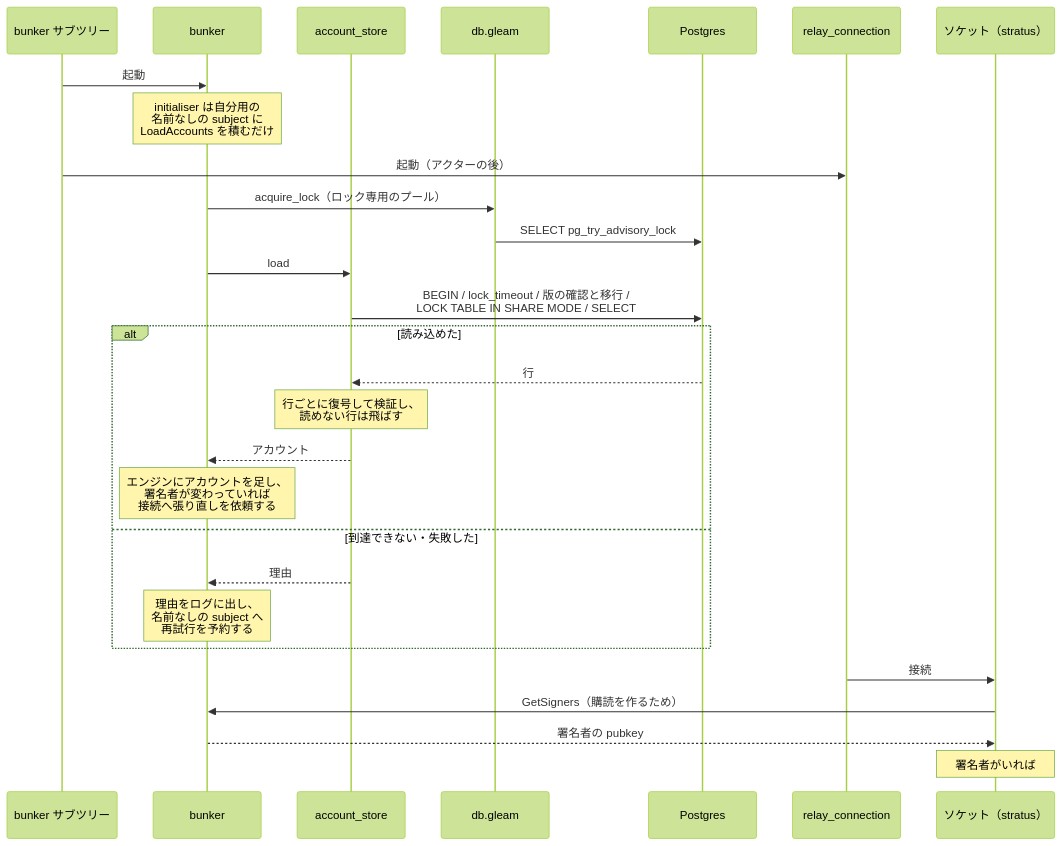
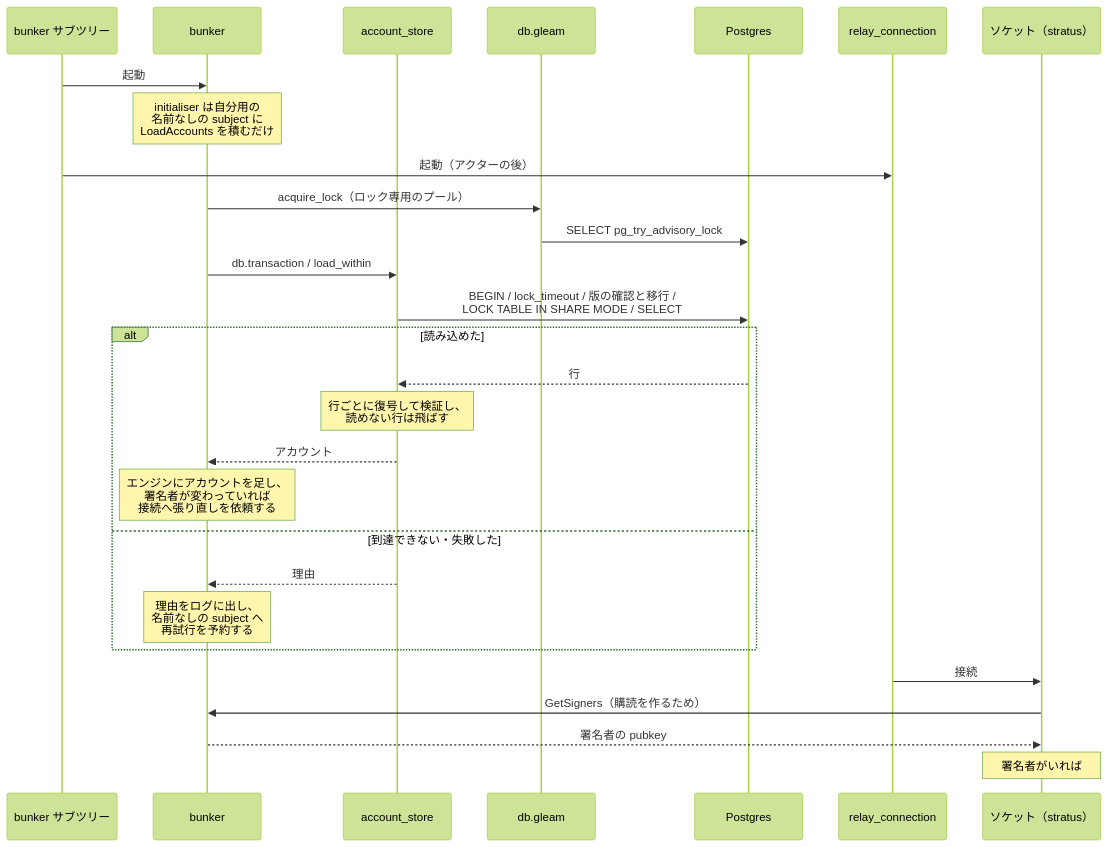
One commit to neverclear86/nostr-no-su changed the fourth of 9 diagrams in docs/architecture.md. Above: the diagram before and after it, drawn with Mermaid (forest theme). The commit also changed other lines of this file and 6 other files, not shown here.

First line of the commit message:
refactor: account_store.load をテストの補助 postgres.load_stored に移す (#931)

````diff
--- a/docs/architecture.md
+++ b/docs/architecture.md
@@ -274,31 +274,31 @@
 ```mermaid
 sequenceDiagram
     participant sup as bunker サブツリー
     participant bk as bunker
     participant store as account_store
     participant base as db.gleam
     participant db as Postgres
     participant conn as relay_connection
     participant sock as ソケット（stratus）
 
     sup->>bk: 起動
     Note over bk: initialiser は自分用の<br/>名前なしの subject に<br/>LoadAccounts を積むだけ
     sup->>conn: 起動（アクターの後）
     bk->>base: acquire_lock（ロック専用のプール）
     base->>db: SELECT pg_try_advisory_lock
-    bk->>store: load
+    bk->>store: db.transaction / load_within
     store->>db: BEGIN / lock_timeout / 版の確認と移行 /<br/>LOCK TABLE IN SHARE MODE / SELECT
     alt 読み込めた
         db-->>store: 行
         Note over store: 行ごとに復号して検証し、<br/>読めない行は飛ばす
         store-->>bk: アカウント
         Note over bk: エンジンにアカウントを足し、<br/>署名者が変わっていれば<br/>接続へ張り直しを依頼する
     else 到達できない・失敗した
         store-->>bk: 理由
         Note over bk: 理由をログに出し、<br/>名前なしの subject へ<br/>再試行を予約する
     end
     conn->>sock: 接続
     sock->>bk: GetSigners（購読を作るため）
     bk-->>sock: 署名者の pubkey
     Note over sock: 署名者がいれば #p に入れて REQ、<br/>いなければ開いている購読を CLOSE、<br/>問い合わせに応答が無ければ<br/>購読を変えずに再試行
 ```
````
